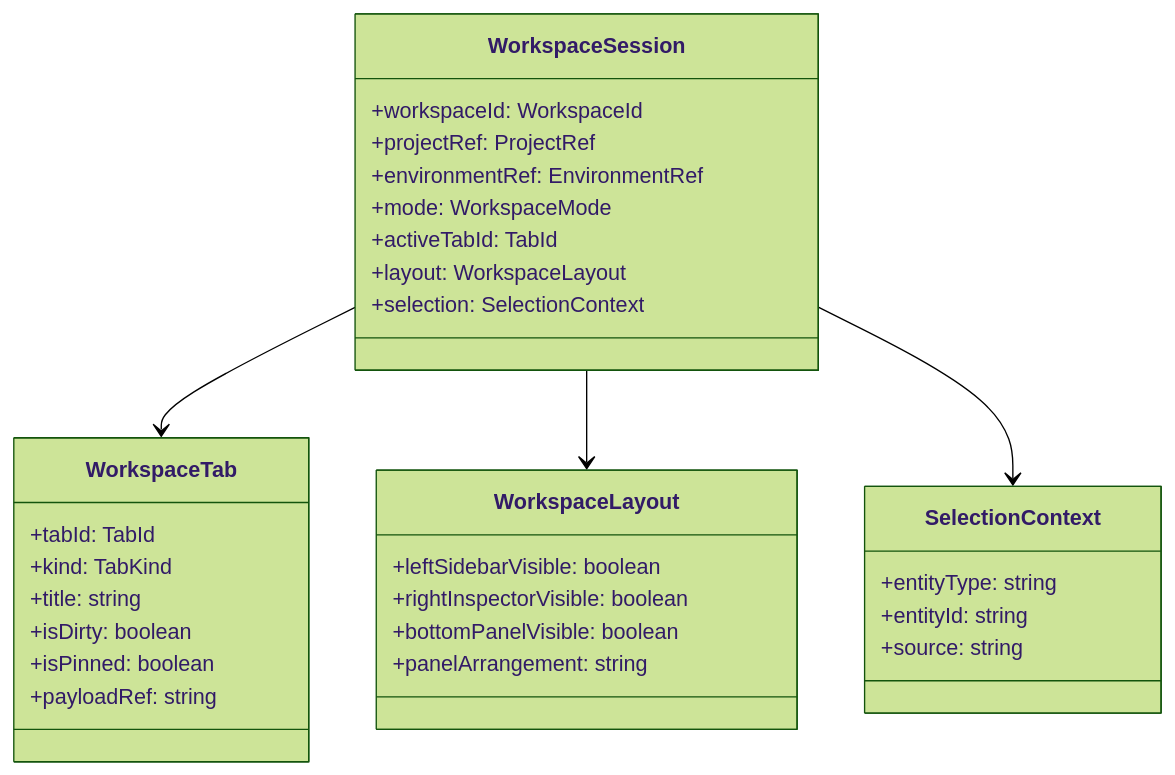
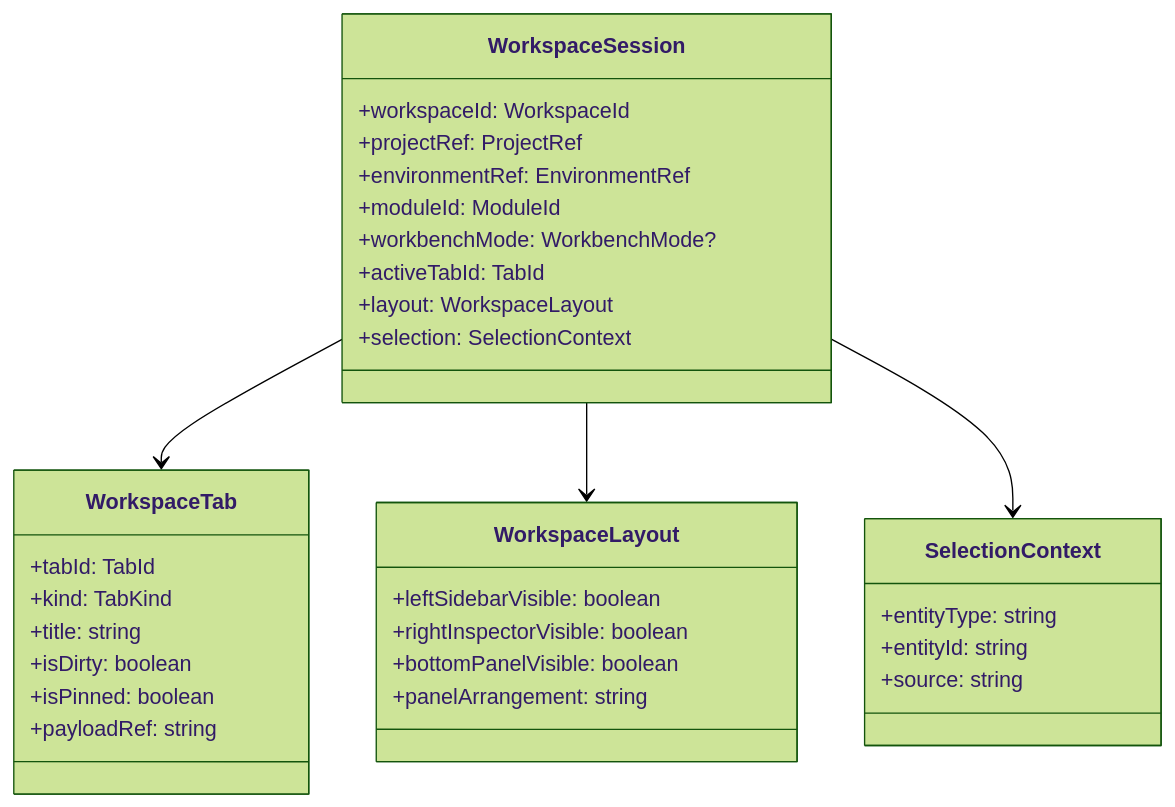
One commit to dunay2/dvt changed the first of 2 diagrams in docs/architecture/frontend/workspace/workspace-domain-specification.md. Above: the diagram before and after it, drawn with Mermaid (forest theme). The commit also changed other lines of this file and 21 other files, not shown here.

Commit message:
docs(docs): Document frontend architecture baseline and deepening plan

````diff
--- a/docs/architecture/frontend/workspace/workspace-domain-specification.md
+++ b/docs/architecture/frontend/workspace/workspace-domain-specification.md
@@ -227,38 +252,39 @@
 ```mermaid
 classDiagram
     class WorkspaceSession {
       +workspaceId: WorkspaceId
       +projectRef: ProjectRef
       +environmentRef: EnvironmentRef
-      +mode: WorkspaceMode
+      +moduleId: ModuleId
+      +workbenchMode: WorkbenchMode?
       +activeTabId: TabId
       +layout: WorkspaceLayout
       +selection: SelectionContext
     }
 
     class WorkspaceTab {
       +tabId: TabId
       +kind: TabKind
       +title: string
       +isDirty: boolean
       +isPinned: boolean
       +payloadRef: string
     }
 
     class WorkspaceLayout {
       +leftSidebarVisible: boolean
       +rightInspectorVisible: boolean
       +bottomPanelVisible: boolean
       +panelArrangement: string
     }
 
     class SelectionContext {
       +entityType: string
       +entityId: string
       +source: string
     }
 
     WorkspaceSession --> WorkspaceTab
     WorkspaceSession --> WorkspaceLayout
     WorkspaceSession --> SelectionContext
 ```
````
